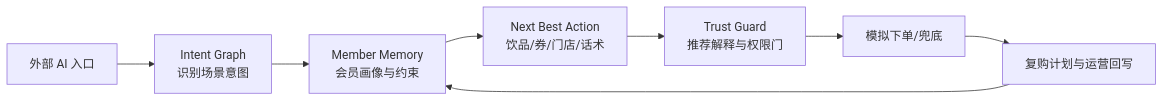
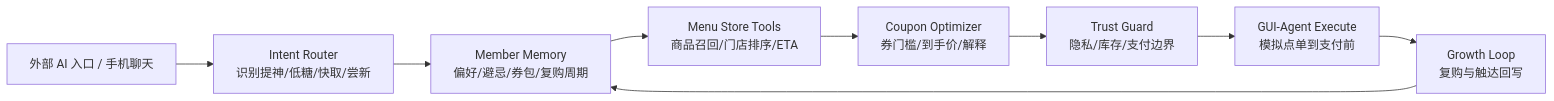
Before and after one commit to logcjj/luckin-loop-agent: the diagram in docs/solution-brief.md, drawn with Mermaid. The commit also changed other lines of this file and 9 other files, not shown here.

````diff
--- a/docs/solution-brief.md
+++ b/docs/solution-brief.md
@@ -33,10 +34,11 @@
 ```mermaid
 flowchart LR
-  A["外部 AI 入口"] --> B["Intent Graph<br/>识别场景意图"]
-  B --> C["Member Memory<br/>会员画像与约束"]
-  C --> D["Next Best Action<br/>饮品/券/门店/话术"]
-  D --> E["Trust Guard<br/>推荐解释与权限门"]
-  E --> F["模拟下单/兜底"]
-  F --> G["复购计划与运营回写"]
-  G --> C
+  A["外部 AI 入口 / 手机聊天"] --> B["Intent Router<br/>识别提神/低糖/快取/尝新"]
+  B --> C["Member Memory<br/>偏好/避忌/券包/复购周期"]
+  C --> D["Menu Store Tools<br/>商品召回/门店排序/ETA"]
+  D --> E["Coupon Optimizer<br/>券门槛/到手价/解释"]
+  E --> F["Trust Guard<br/>隐私/库存/支付边界"]
+  F --> G["GUI-Agent Execute<br/>模拟点单到支付前"]
+  G --> H["Growth Loop<br/>复购与触达回写"]
+  H --> C
 ```
````
